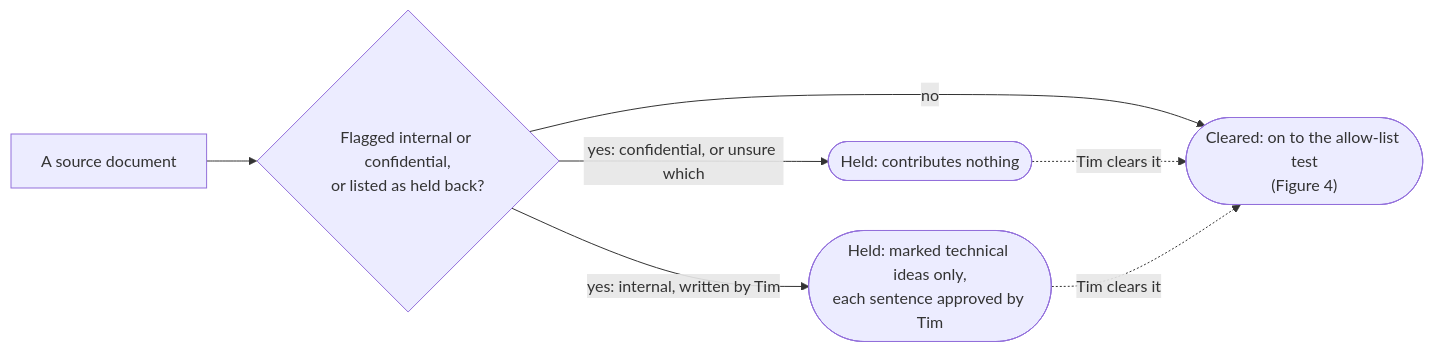
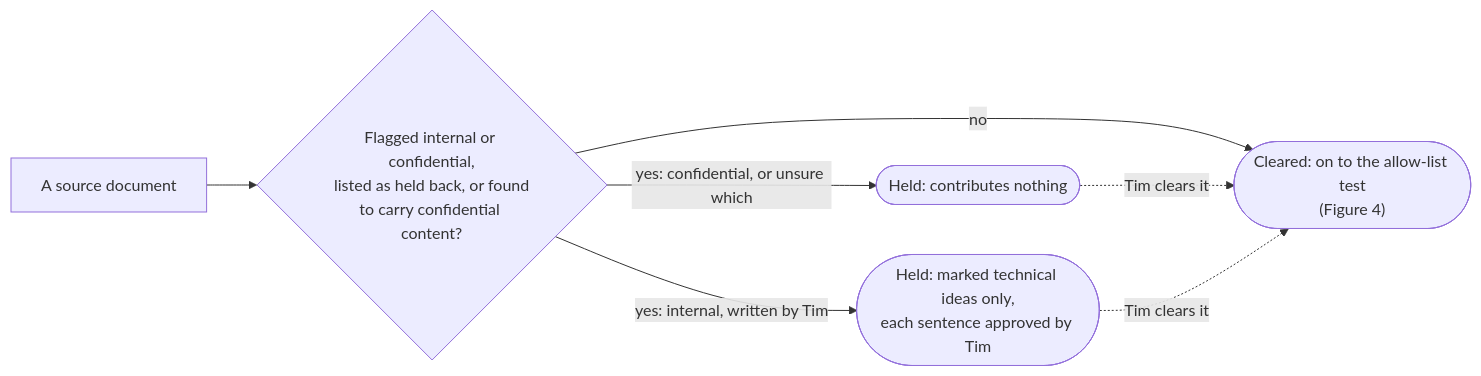
The third of 4 diagrams in GUIDELINES.md (mithro/open-silicon-hitlist), drawn with Mermaid before and after one commit. The commit also changed other lines of this file and 1 other file, not shown here.

````diff
--- a/GUIDELINES.md
+++ b/GUIDELINES.md
@@ -672,9 +678,9 @@
 ```mermaid
 flowchart LR
-  A["A source document"] --> B{"Flagged internal or confidential,<br/>or listed as held back?"}
+  A["A source document"] --> B{"Flagged internal or confidential,<br/>listed as held back, or found<br/>to carry confidential content?"}
   B -->|no| C(["Cleared: on to the allow-list test<br/>(Figure 4)"])
   B -->|yes: confidential, or unsure which| N(["Held: contributes nothing"])
   B -->|yes: internal, written by Tim| I(["Held: marked technical ideas only,<br/>each sentence approved by Tim"])
   N -.->|Tim clears it| C
   I -.->|Tim clears it| C
 ```
````
